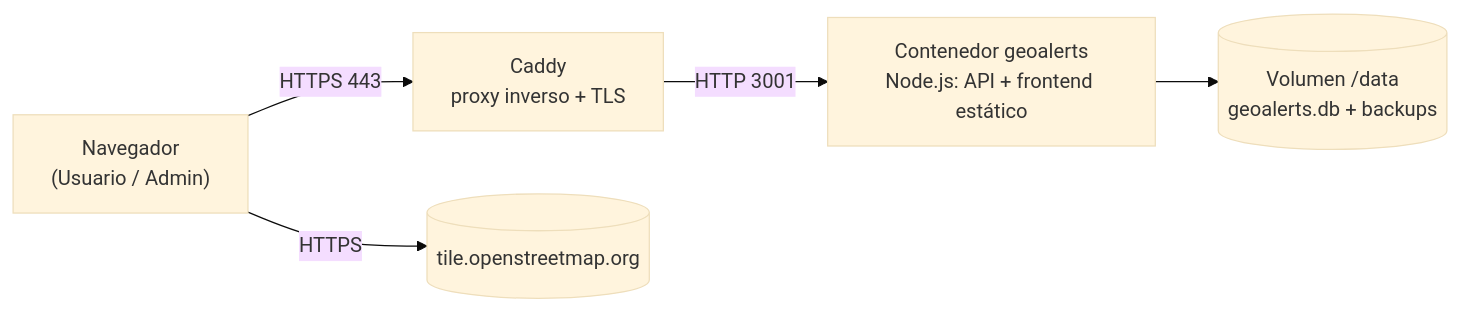
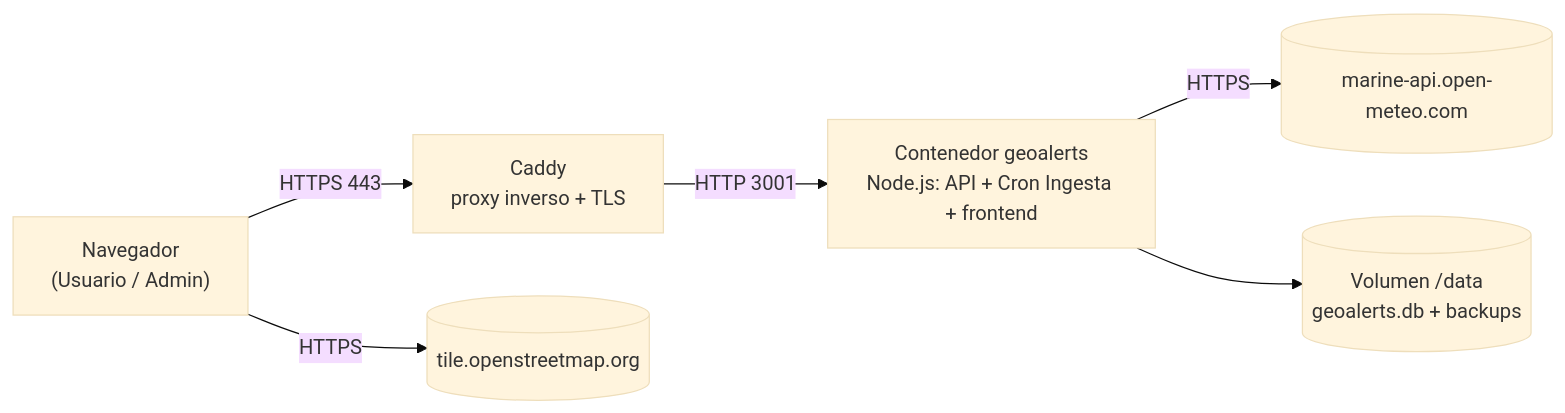
The seventh of 7 diagrams in docs/02-diseno-arquitectura.md (nachoo08/geoAlerts), drawn with Mermaid (base theme) before and after one commit. The commit also changed other lines of this file and 3 other files, not shown here.

````diff
--- a/docs/02-diseno-arquitectura.md
+++ b/docs/02-diseno-arquitectura.md
@@ -751,7 +801,8 @@
 ```mermaid
 flowchart LR
     NAV["Navegador<br/>(Usuario / Admin)"] -- "HTTPS 443" --> CADDY["Caddy<br/>proxy inverso + TLS"]
     NAV -- "HTTPS" --> OSMT[("tile.openstreetmap.org")]
-    CADDY -- "HTTP 3001" --> APP["Contenedor geoalerts<br/>Node.js: API + frontend estático"]
+    CADDY -- "HTTP 3001" --> APP["Contenedor geoalerts<br/>Node.js: API + Cron Ingesta + frontend"]
+    APP -- "HTTPS" --> OM[("marine-api.open-meteo.com")]
     APP --> VOL[("Volumen /data<br/>geoalerts.db + backups")]
 ```
````
